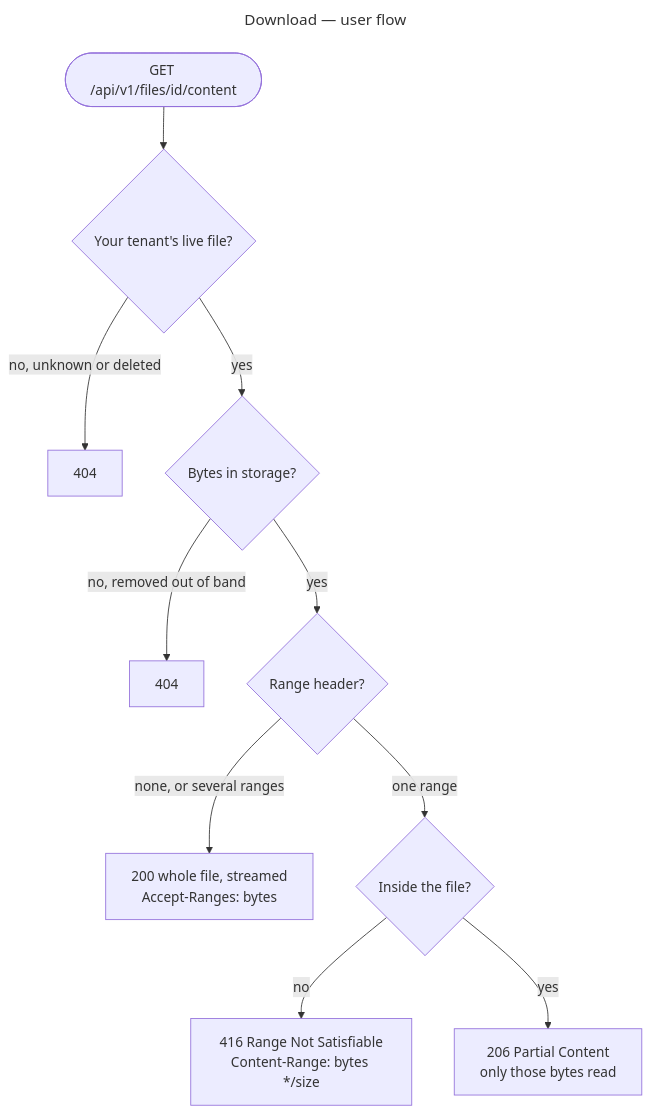
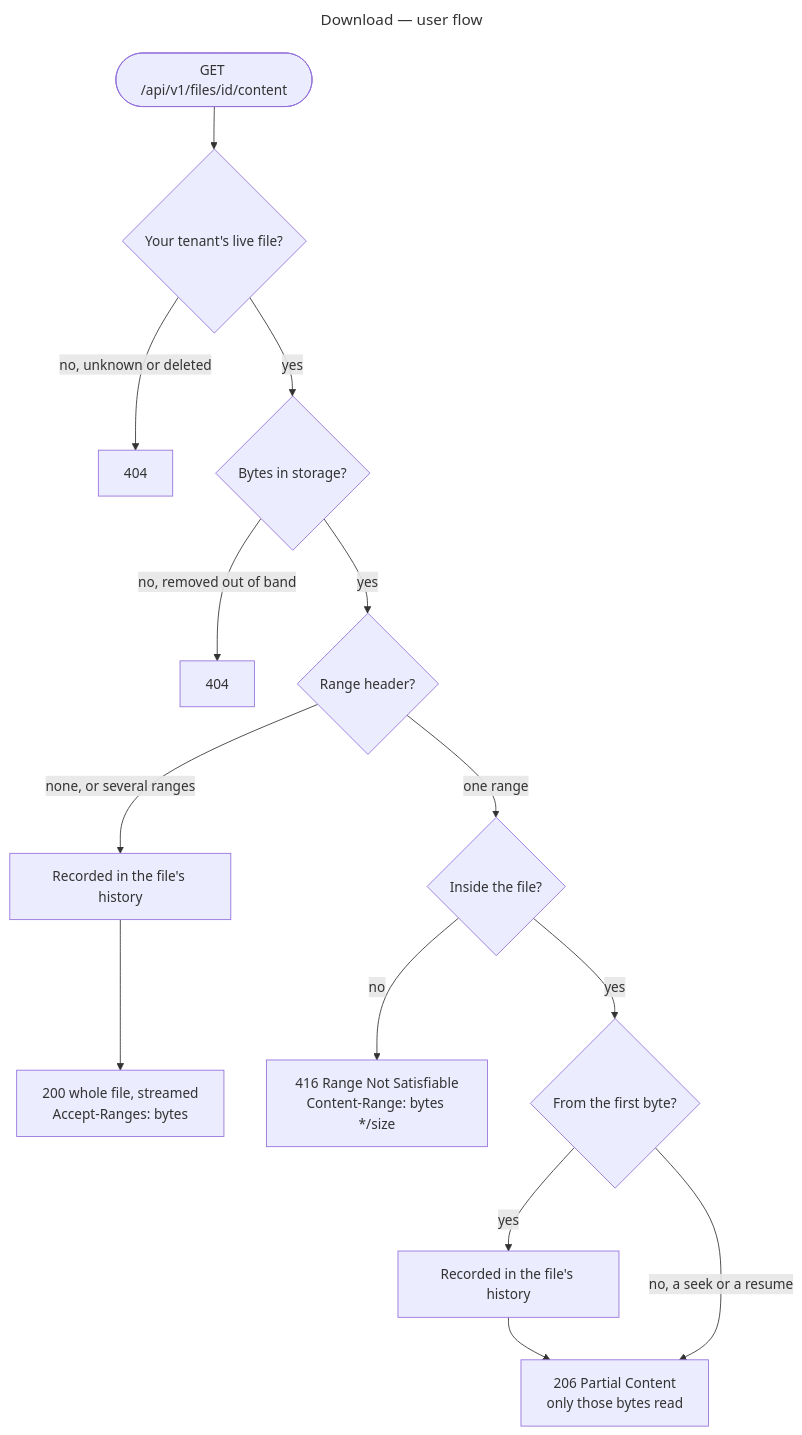
One commit to gmetskhvarishvili/GM.FileStorage.Samples changed the seventh of 11 diagrams in docs/user-flows.md. Above: the diagram before and after it, drawn with Mermaid. The commit also changed other lines of this file and 33 other files, not shown here.

````diff
--- a/docs/user-flows.md
+++ b/docs/user-flows.md
@@ -162,15 +170,19 @@
 ```mermaid
 ---
 title: Download — user flow
 ---
 flowchart TD
     start([GET /api/v1/files/id/content]) --> live{Your tenant's live file?}
     live -- no, unknown or deleted --> f404[404]
     live -- yes --> bytes{Bytes in storage?}
     bytes -- no, removed out of band --> b404[404]
     bytes -- yes --> range{Range header?}
-    range -- none, or several ranges --> full[200 whole file, streamed<br/>Accept-Ranges: bytes]
+    range -- none, or several ranges --> rec[Recorded in the file's history]
+    rec --> full[200 whole file, streamed<br/>Accept-Ranges: bytes]
     range -- one range --> fits{Inside the file?}
     fits -- no --> r416[416 Range Not Satisfiable<br/>Content-Range: bytes */size]
-    fits -- yes --> part[206 Partial Content<br/>only those bytes read]
+    fits -- yes --> first{From the first byte?}
+    first -- yes --> recr[Recorded in the file's history]
+    recr --> part[206 Partial Content<br/>only those bytes read]
+    first -- no, a seek or a resume --> part
 ```
````
